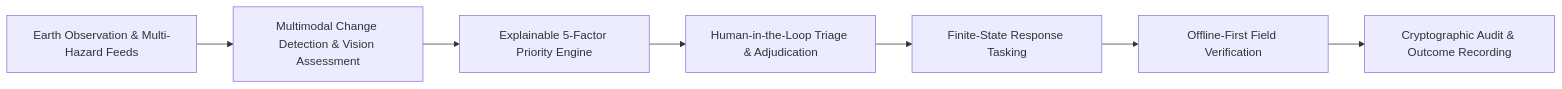
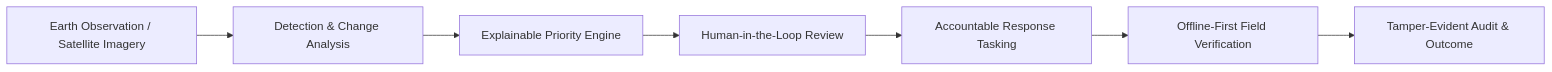
Before and after one commit to rohitkumarnaidu/Disaster-Intelligence-Response-OS: the diagram in docs/01-overview/introduction.md, drawn with Mermaid. The commit also changed other lines of this file and 105 other files, not shown here.

````diff
--- a/docs/01-overview/introduction.md
+++ b/docs/01-overview/introduction.md
@@ -16,9 +16,9 @@
 ```mermaid
 flowchart LR
-    A[Earth Observation & Multi-Hazard Feeds] --> B[Multimodal Change Detection & Vision Assessment]
-    B --> C[Explainable 5-Factor Priority Engine]
-    C --> D[Human-in-the-Loop Triage & Adjudication]
-    D --> E[Finite-State Response Tasking]
+    A[Earth Observation / Satellite Imagery] --> B[Detection & Change Analysis]
+    B --> C[Explainable Priority Engine]
+    C --> D[Human-in-the-Loop Review]
+    D --> E[Accountable Response Tasking]
     E --> F[Offline-First Field Verification]
-    F --> G[Cryptographic Audit & Outcome Recording]
+    F --> G[Tamper-Evident Audit & Outcome]
 ```
````
